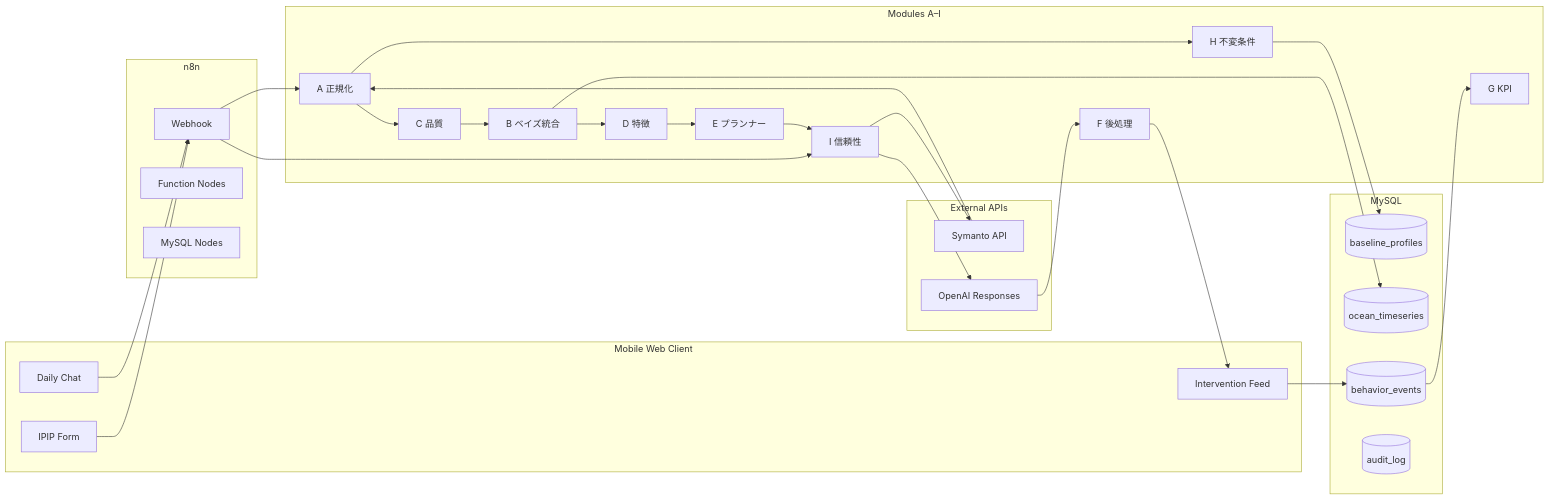
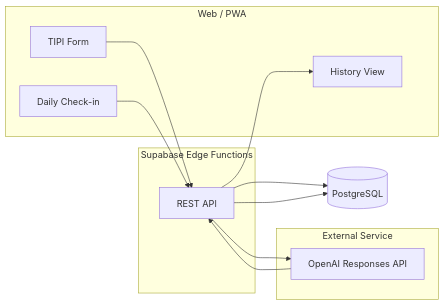
The diagram in docs/prototype_spec_ja.md (k-naruse3209/trait-flow-mvp), drawn with Mermaid before and after one commit. The commit also changed other lines of this file and 1 other file, not shown here.

````diff
--- a/docs/prototype_spec_ja.md
+++ b/docs/prototype_spec_ja.md
@@ -53,40 +47,20 @@
 ```mermaid
 flowchart LR
-  subgraph Client[Mobile Web Client]
-    Onboard[IPIP Form]
-    Chat[Daily Chat]
-    Feed[Intervention Feed]
+  subgraph Client[Web / PWA]
+    Onboard[TIPI Form]
+    Checkin[Daily Check-in]
+    History[History View]
   end
-  subgraph Orchestrator[n8n]
-    W1[Webhook]
-    FN[Function Nodes]
-    DBN[MySQL Nodes]
+  subgraph Backend[Supabase Edge Functions]
+    API[REST API]
   end
-  subgraph Core[Modules A–I]
-    A_mod[A 正規化]
-    B_mod[B ベイズ統合]
-    C_mod[C 品質]
-    D_mod[D 特徴]
-    E_mod[E プランナー]
-    F_mod[F 後処理]
-    G_mod[G KPI]
-    H_mod[H 不変条件]
-    I_mod[I 信頼性]
-  end
-  subgraph Data[MySQL]
-    Base[(baseline_profiles)]
-    Times[(ocean_timeseries)]
-    Beh[(behavior_events)]
-    Audit[(audit_log)]
-  end
-  subgraph External[External APIs]
-    Sym[Symanto API]
-    OAI[OpenAI Responses]
+  DB[(PostgreSQL)]
+  subgraph External[External Service]
+    OAI[OpenAI Responses API]
   end
 
-  Onboard --> W1 --> A_mod --> H_mod --> Base
-  Chat --> W1 --> I_mod --> Sym --> A_mod --> C_mod --> B_mod --> Times
-  B_mod --> D_mod --> E_mod --> I_mod --> OAI --> F_mod --> Feed
-  Feed --> Beh
-  Beh --> G_mod
+  Onboard --> API --> DB
+  Checkin --> API --> DB
+  API --> OAI --> API
+  API --> History
 ```
````
